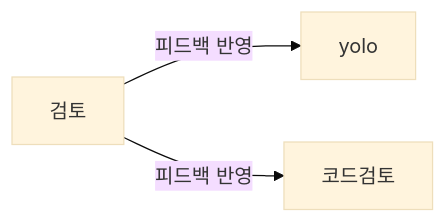
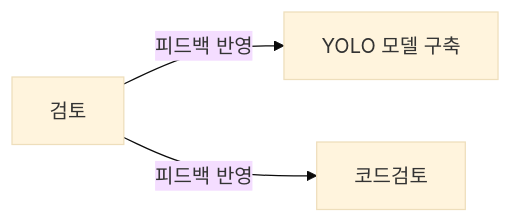
Before and after one commit to gamdumdum/my-project: the second of 2 diagrams in README.md, drawn with Mermaid (base theme).

````diff
--- a/README.md
+++ b/README.md
@@ -24,6 +24,6 @@
 ```mermaid
 flowchart LR
-    검토[검토] -->|피드백 반영|yolo
-    검토 -->|피드백 반영|코드검토
+    검토[검토] -->|피드백 반영|Yolo[YOLO 모델 구축]
+    검토 -->|피드백 반영|코드검토[코드검토]
 
 ```
````
